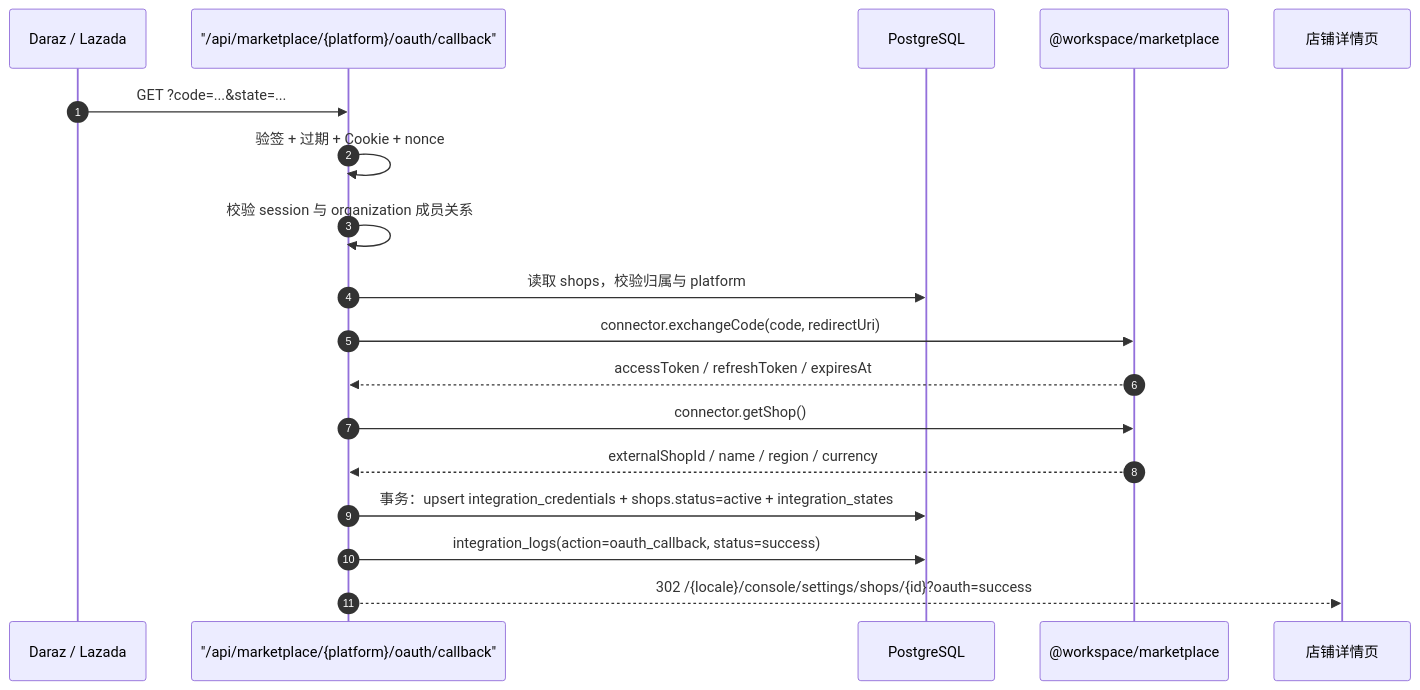
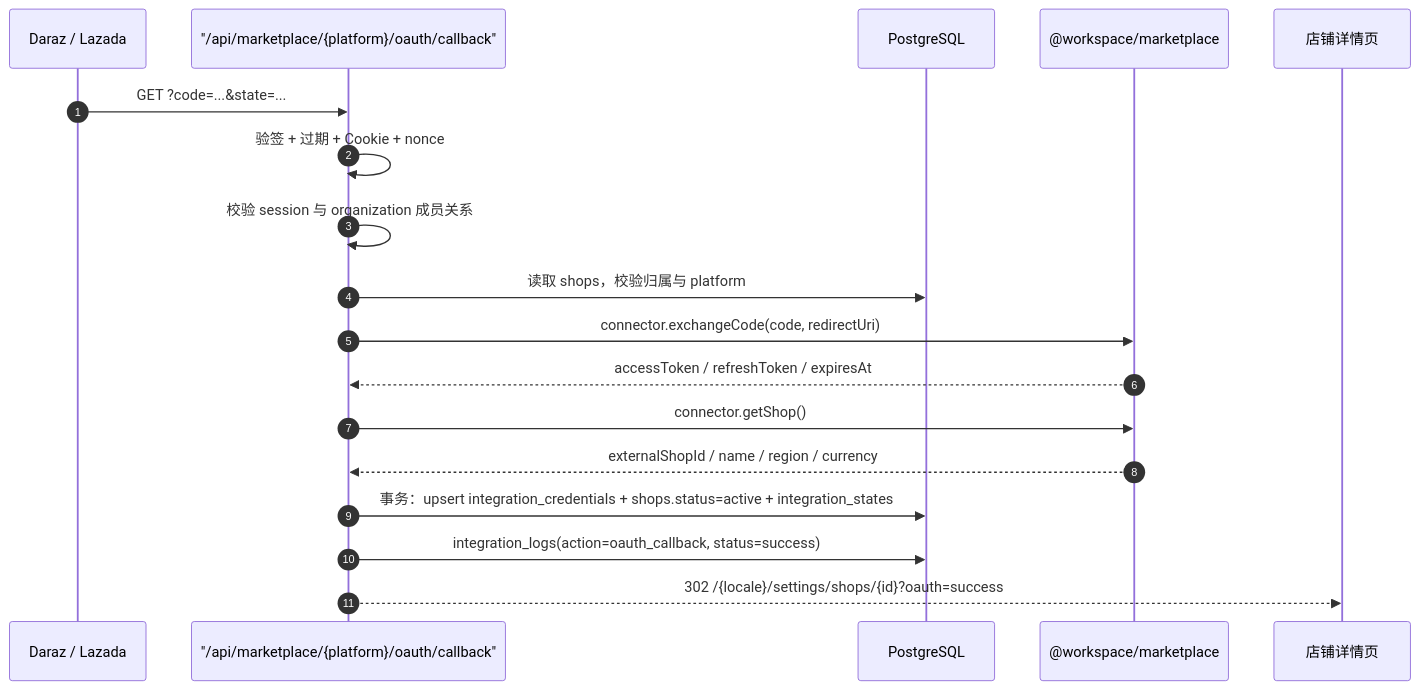
Before and after one commit to metacode0602/vercelai-kaijing: the fifth of 5 diagrams in apps/shop/content/design/tenant-onboarding-and-store-binding.md, drawn with Mermaid. The commit also changed other lines of this file and 63 other files, not shown here.

````diff
--- a/apps/shop/content/design/tenant-onboarding-and-store-binding.md
+++ b/apps/shop/content/design/tenant-onboarding-and-store-binding.md
@@ -460,21 +460,21 @@
 ```mermaid
 sequenceDiagram
     autonumber
     participant P as Daraz / Lazada
     participant CB as "/api/marketplace/{platform}/oauth/callback"
     participant DB as PostgreSQL
     participant M as @workspace/marketplace
     participant S as 店铺详情页
 
     P->>CB: GET ?code=...&state=...
     CB->>CB: 验签 + 过期 + Cookie + nonce
     CB->>CB: 校验 session 与 organization 成员关系
     CB->>DB: 读取 shops，校验归属与 platform
     CB->>M: connector.exchangeCode(code, redirectUri)
     M-->>CB: accessToken / refreshToken / expiresAt
     CB->>M: connector.getShop()
     M-->>CB: externalShopId / name / region / currency
     CB->>DB: 事务：upsert integration_credentials + shops.status=active + integration_states
     CB->>DB: integration_logs(action=oauth_callback, status=success)
-    CB-->>S: 302 /{locale}/console/settings/shops/{id}?oauth=success
+    CB-->>S: 302 /{locale}/settings/shops/{id}?oauth=success
 ```
````
